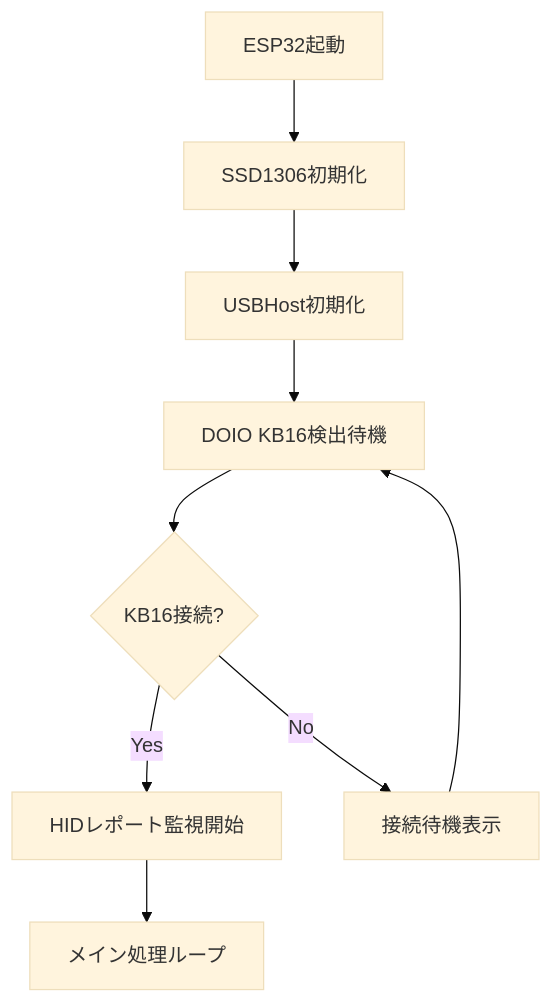
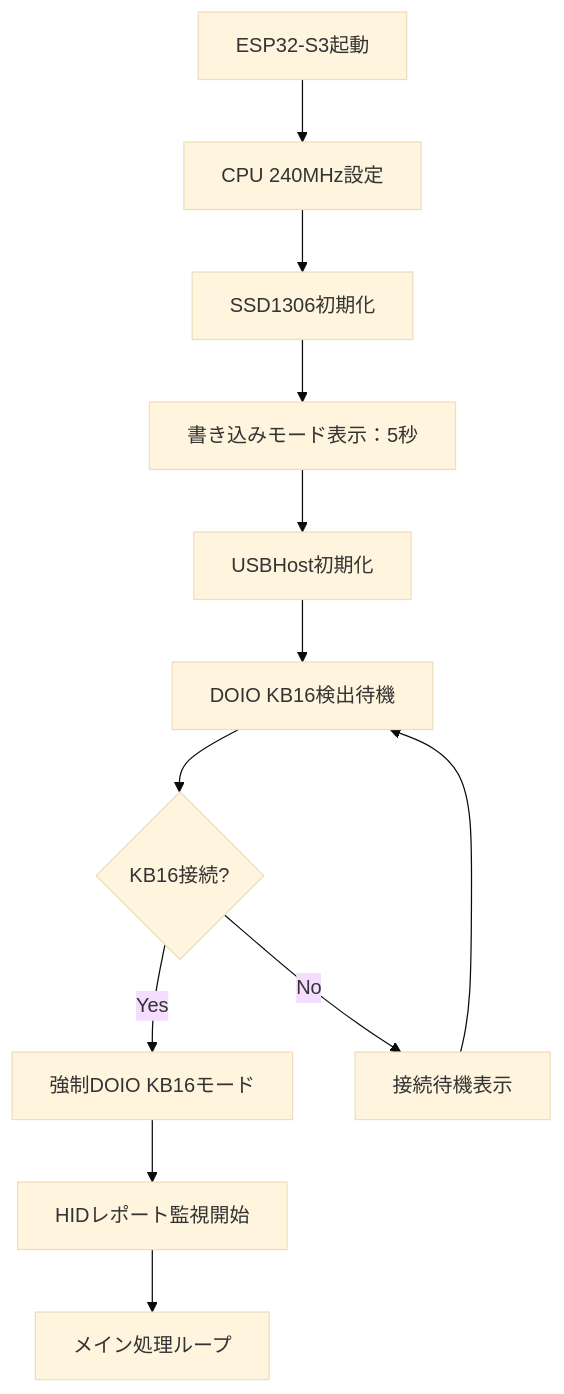
Before and after one commit to YakiFrog/DOIO_BLE2: the first of 2 diagrams in README.md, drawn with Mermaid (base theme). The commit also changed other lines of this file, not shown here.

````diff
--- a/README.md
+++ b/README.md
@@ -114,11 +204,14 @@
 ```mermaid
 flowchart TD
-    A[ESP32起動] --> B[SSD1306初期化]
-    B --> C[USBHost初期化]
-    C --> D[DOIO KB16検出待機]
-    D --> E{KB16接続?}
-    E -->|Yes| F[HIDレポート監視開始]
-    E -->|No| G[接続待機表示]
-    G --> D
-    F --> H[メイン処理ループ]
+    A[ESP32-S3起動] --> B[CPU 240MHz設定]
+    B --> C[SSD1306初期化]
+    C --> D[書き込みモード表示：5秒]
+    D --> E[USBHost初期化]
+    E --> F[DOIO KB16検出待機]
+    F --> G{KB16接続?}
+    G -->|Yes| H[強制DOIO KB16モード]
+    G -->|No| I[接続待機表示]
+    I --> F
+    H --> J[HIDレポート監視開始]
+    J --> K[メイン処理ループ]
 ```
````
